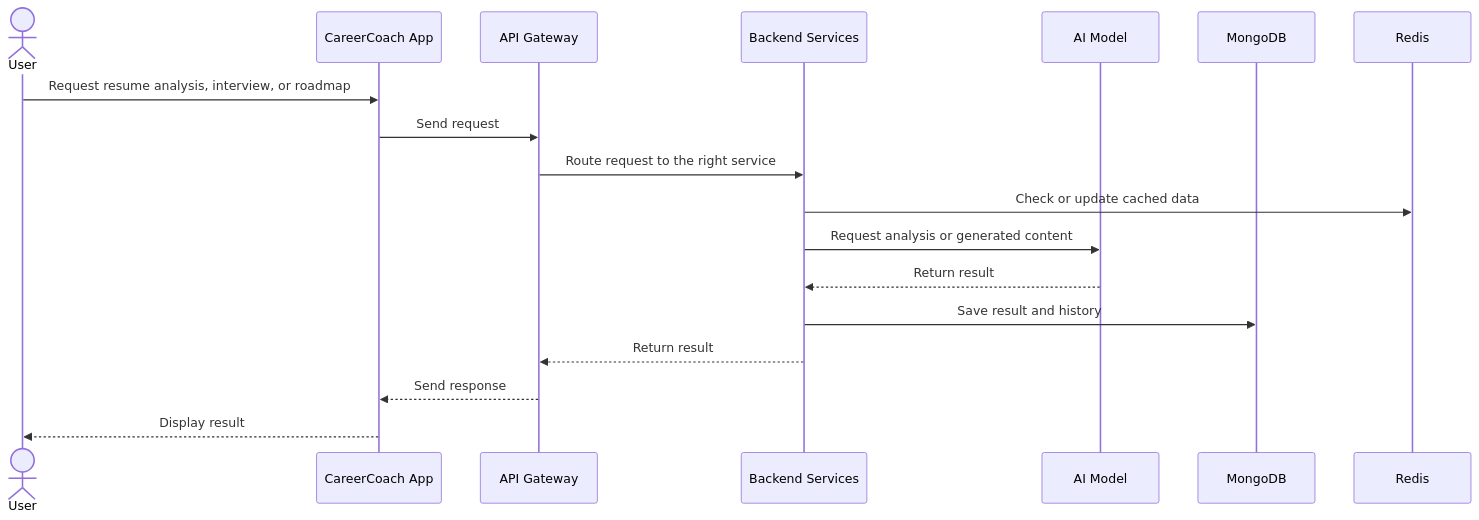
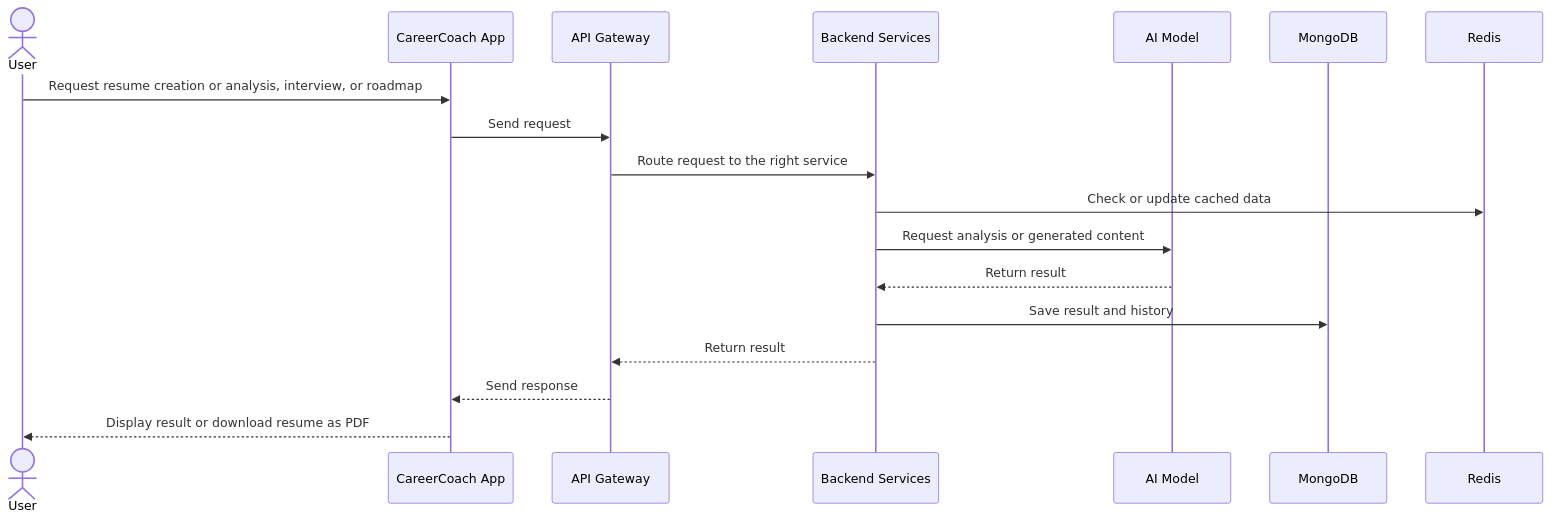
One commit to Tushar-Sharma-hub/CareerCoach changed the second of 2 diagrams in README.md. Above: the diagram before and after it, drawn with Mermaid. The commit also changed other lines of this file, not shown here.

````diff
--- a/README.md
+++ b/README.md
@@ -202,21 +204,21 @@
 ```mermaid
 sequenceDiagram
     actor User
     participant App as CareerCoach App
     participant Gateway as API Gateway
     participant Services as Backend Services
     participant AI as AI Model
     participant Mongo as MongoDB
     participant Redis
 
-    User->>App: Request resume analysis, interview, or roadmap
+    User->>App: Request resume creation or analysis, interview, or roadmap
     App->>Gateway: Send request
     Gateway->>Services: Route request to the right service
     Services->>Redis: Check or update cached data
     Services->>AI: Request analysis or generated content
     AI-->>Services: Return result
     Services->>Mongo: Save result and history
     Services-->>Gateway: Return result
     Gateway-->>App: Send response
-    App-->>User: Display result
+    App-->>User: Display result or download resume as PDF
 ```
````
